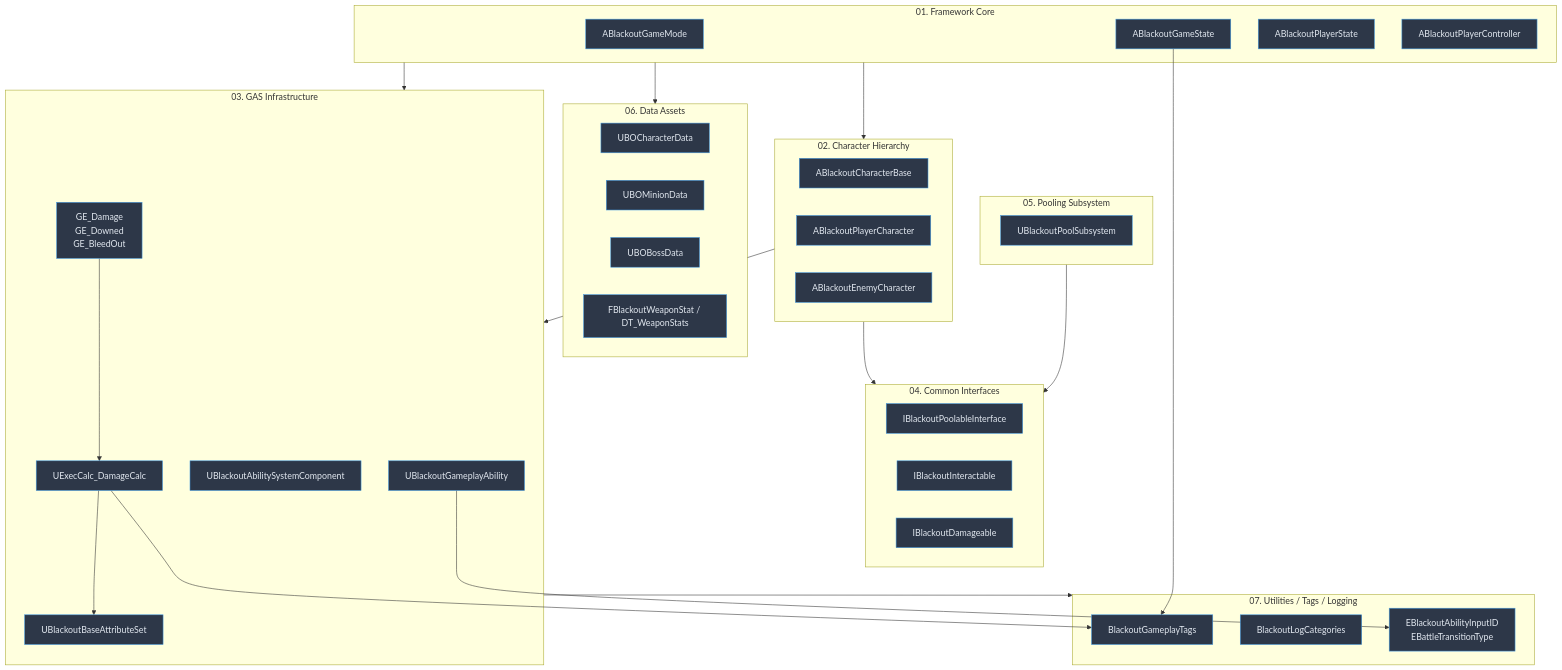
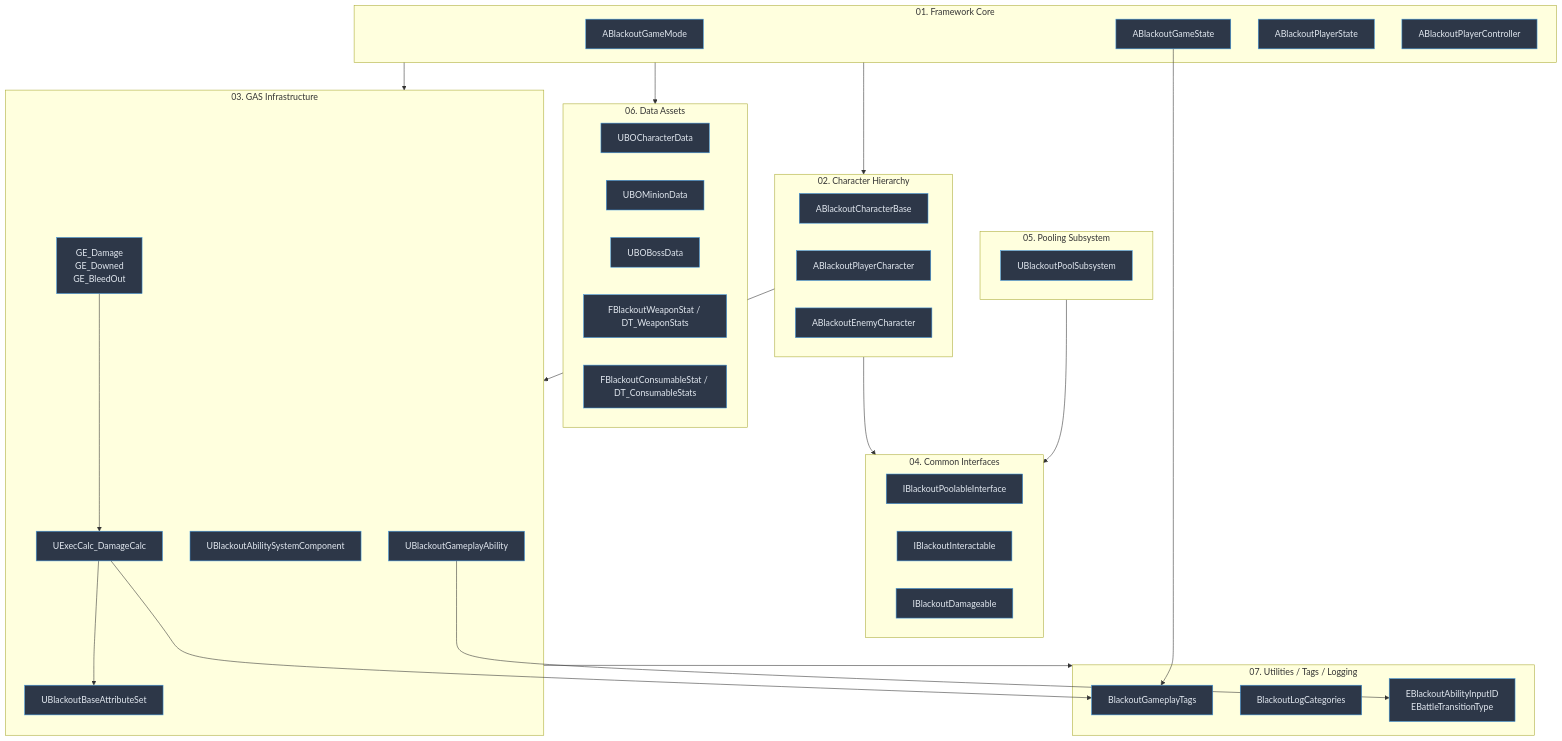
The diagram in Docs/Foundation/08_Dependency_Overview.md (seongwon1579/ProjectBlackout), drawn with Mermaid before and after one commit. The commit also changed 4 other files, not shown here.

````diff
--- a/Docs/Foundation/08_Dependency_Overview.md
+++ b/Docs/Foundation/08_Dependency_Overview.md
@@ -5,63 +5,64 @@
 ```mermaid
 flowchart TB
     subgraph Utils["07. Utilities / Tags / Logging"]
         Tags[BlackoutGameplayTags]
         Logs[BlackoutLogCategories]
         Enum[EBlackoutAbilityInputID\nEBattleTransitionType]
     end
 
     subgraph Iface["04. Common Interfaces"]
         IPool[IBlackoutPoolableInterface]
         IInt[IBlackoutInteractable]
         IDmg[IBlackoutDamageable]
     end
 
     subgraph Data["06. Data Assets"]
         CData[UBOCharacterData]
         MData[UBOMinionData]
         BData[UBOBossData]
         WStat[FBlackoutWeaponStat / DT_WeaponStats]
+        CStat[FBlackoutConsumableStat / DT_ConsumableStats]
     end
 
     subgraph GAS["03. GAS Infrastructure"]
         ASC[UBlackoutAbilitySystemComponent]
         Attr[UBlackoutBaseAttributeSet]
         GA[UBlackoutGameplayAbility]
         GEBase[GE_Damage\nGE_Downed\nGE_BleedOut]
         Calc[UExecCalc_DamageCalc]
     end
 
     subgraph Character["02. Character Hierarchy"]
         CBase[ABlackoutCharacterBase]
         PCh[ABlackoutPlayerCharacter]
         ECh[ABlackoutEnemyCharacter]
     end
 
     subgraph Framework["01. Framework Core"]
         GM[ABlackoutGameMode]
         GS[ABlackoutGameState]
         PS[ABlackoutPlayerState]
         PC[ABlackoutPlayerController]
     end
 
     subgraph Pool["05. Pooling Subsystem"]
         PoolSys[UBlackoutPoolSubsystem]
     end
 
     %% 의존 방향
     GAS --> Utils
     Character --> GAS
     Character --> Iface
     Framework --> GAS
     Framework --> Data
     Framework --> Character
     Pool --> Iface
     GS --> Tags
     GEBase --> Calc
     Calc --> Attr
     Calc --> Tags
     GA --> Enum
 
     classDef layer fill:#2d3748,stroke:#4299e1,color:#e2e8f0
-    class Tags,Logs,Enum,IPool,IInt,IDmg,CData,MData,BData,WStat,ASC,Attr,GA,GEBase,Calc,CBase,PCh,ECh,GM,GS,PS,PC,PoolSys layer
+    class Tags,Logs,Enum,IPool,IInt,IDmg,CData,MData,BData,WStat,CStat,ASC,Attr,GA,GEBase,Calc,CBase,PCh,ECh,GM,GS,PS,PC,PoolSys layer
 ```
````
